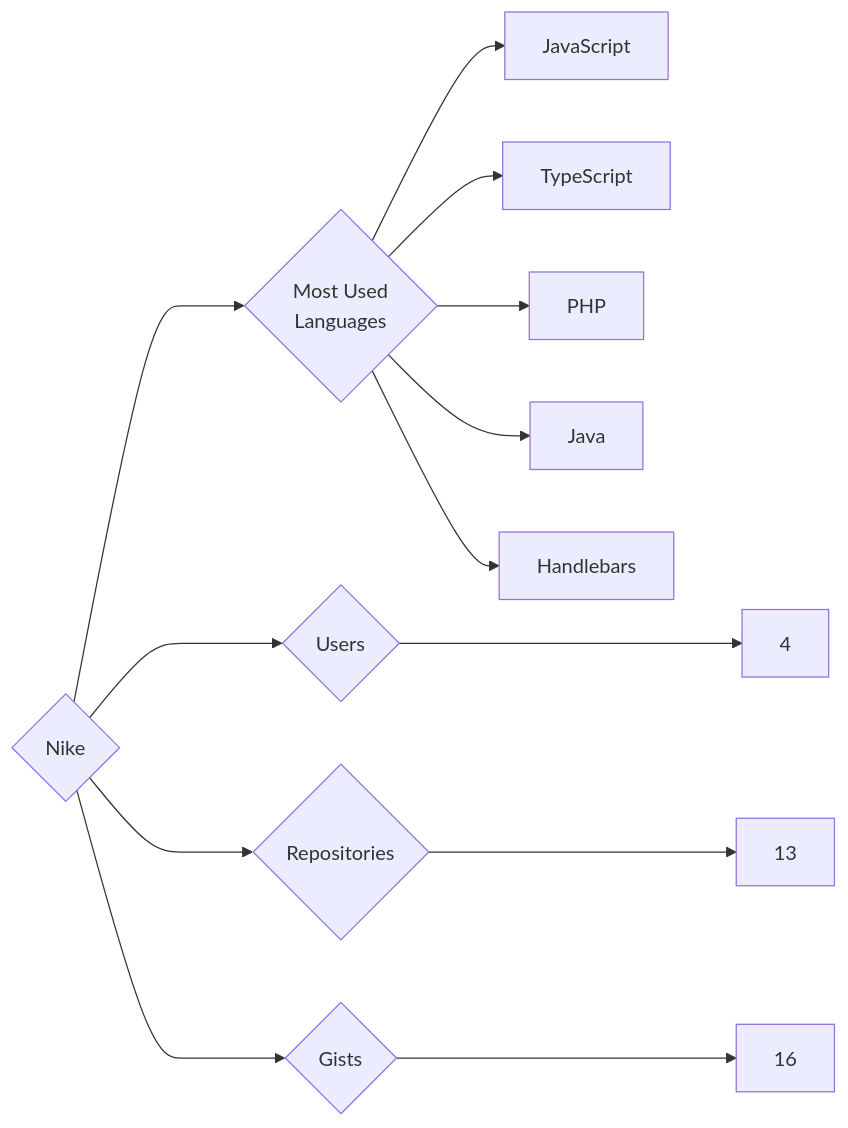
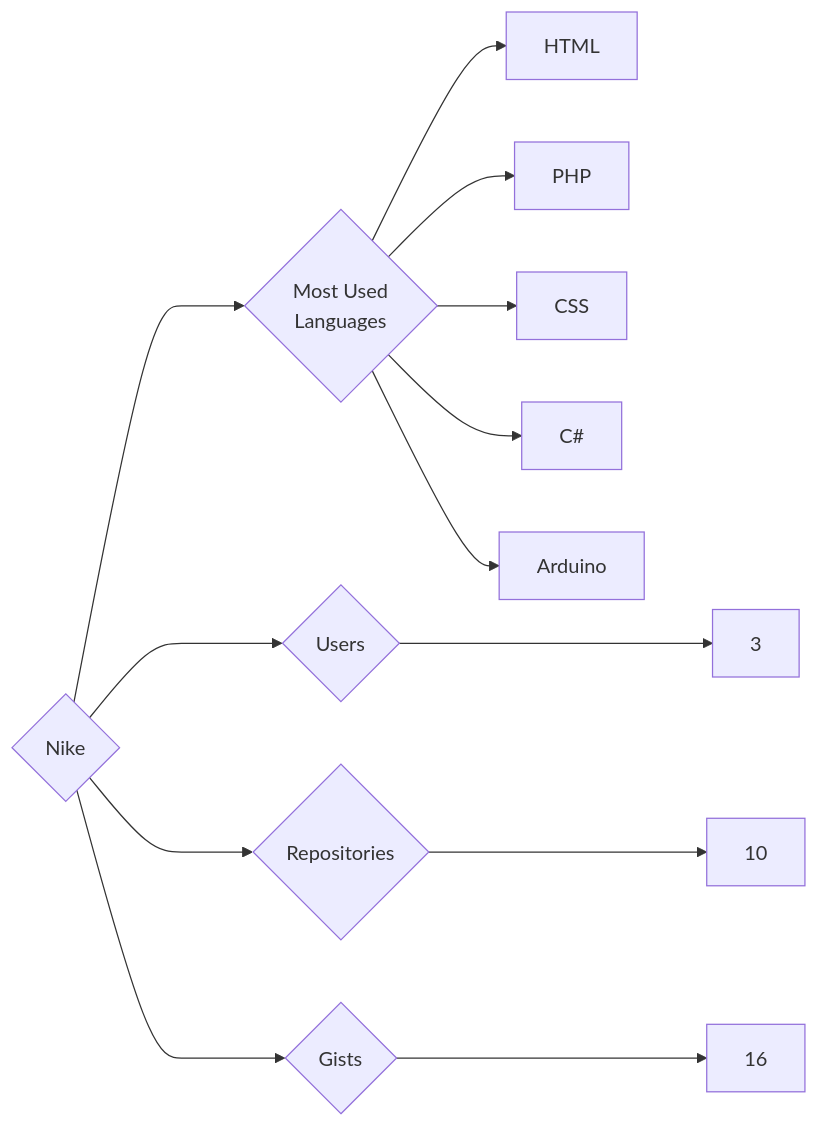
One commit to trickest/insiders changed the diagram in targets/Nike/README.md. Above: the diagram before and after it, drawn with Mermaid. The commit also changed 1248 other files, not shown here.

````diff
--- a/targets/Nike/README.md
+++ b/targets/Nike/README.md
@@ -3,13 +3,13 @@
 ```mermaid
 graph LR
 COMPANY_NAME{Nike}
-COMPANY_NAME ---> U{Users} ---> UN[4]
-COMPANY_NAME ---> R{Repositories} ---> RN[13]
+COMPANY_NAME ---> U{Users} ---> UN[3]
+COMPANY_NAME ---> R{Repositories} ---> RN[10]
 COMPANY_NAME ---> G{Gists} ---> GN[16]
 COMPANY_NAME ---> ML{Most Used<br>Languages}
-ML --> JavaScript[JavaScript]
-ML --> TypeScript[TypeScript]
+ML --> HTML[HTML]
 ML --> PHP[PHP]
-ML --> Java[Java]
-ML --> Handlebars[Handlebars]
+ML --> CSS[CSS]
+ML --> C#[C#]
+ML --> Arduino[Arduino]
 ```
````
